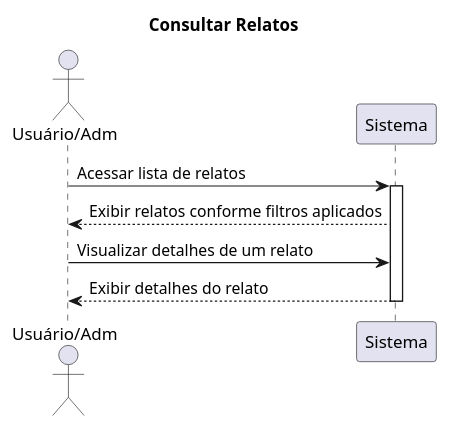
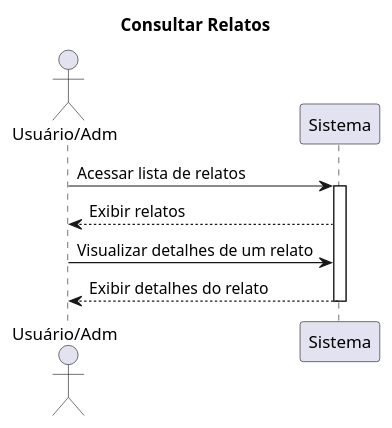
One commit to RenataArdito/Alerta-ADS changed the fourth of 4 diagrams in SequenceDiagram.md. Above: the diagram before and after it, drawn with PlantUML.

````diff
--- a/SequenceDiagram.md
+++ b/SequenceDiagram.md
@@ -59,21 +59,21 @@
 ```plantuml
 @startuml
 
 title Consultar Relatos
 
 actor "Usuário/Adm" as usr
 participant "Sistema" as sis
 
 usr -> sis: Acessar lista de relatos
 activate sis
 
-sis --> usr: Exibir relatos conforme filtros aplicados
+sis --> usr: Exibir relatos 
 
 usr -> sis: Visualizar detalhes de um relato
 
 sis --> usr: Exibir detalhes do relato
 
 deactivate sis
 
 @enduml
 ```
````
